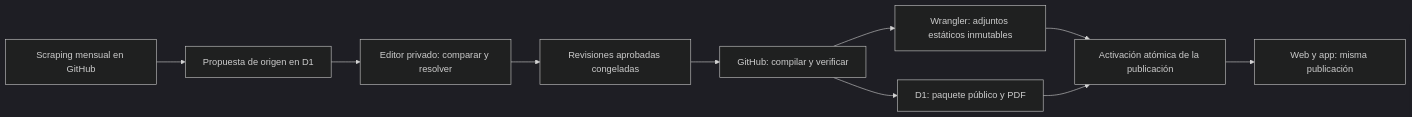
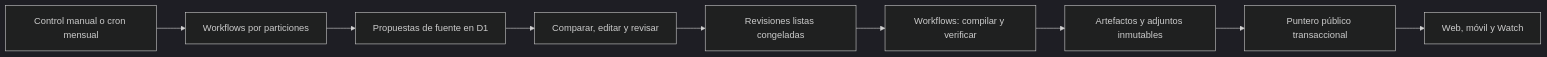
The diagram in docs/backend/README.md (miguelrzazo/ManualSAMUR), drawn with Mermaid (dark theme) before and after one commit. The commit also changed other lines of this file and 35 other files, not shown here.

````diff
--- a/docs/backend/README.md
+++ b/docs/backend/README.md
@@ -24,12 +30,11 @@
 ```mermaid
 flowchart LR
-  S[Scraping mensual en GitHub] --> P[Propuesta de origen en D1]
-  P --> E[Editor privado: comparar y resolver]
-  E --> R[Revisiones aprobadas congeladas]
-  R --> C[GitHub: compilar y verificar]
-  C --> A[Wrangler: adjuntos estáticos inmutables]
-  C --> D[D1: paquete público y PDF]
-  A --> V[Activación atómica de la publicación]
-  D --> V
-  V --> W[Web y app: misma publicación]
+  S[Control manual o cron mensual] --> J[Workflows por particiones]
+  J --> P[Propuestas de fuente en D1]
+  P --> E[Comparar, editar y revisar]
+  E --> R[Revisiones listas congeladas]
+  R --> C[Workflows: compilar y verificar]
+  C --> A[Artefactos y adjuntos inmutables]
+  A --> V[Puntero público transaccional]
+  V --> U[Web, móvil y Watch]
 ```
````
